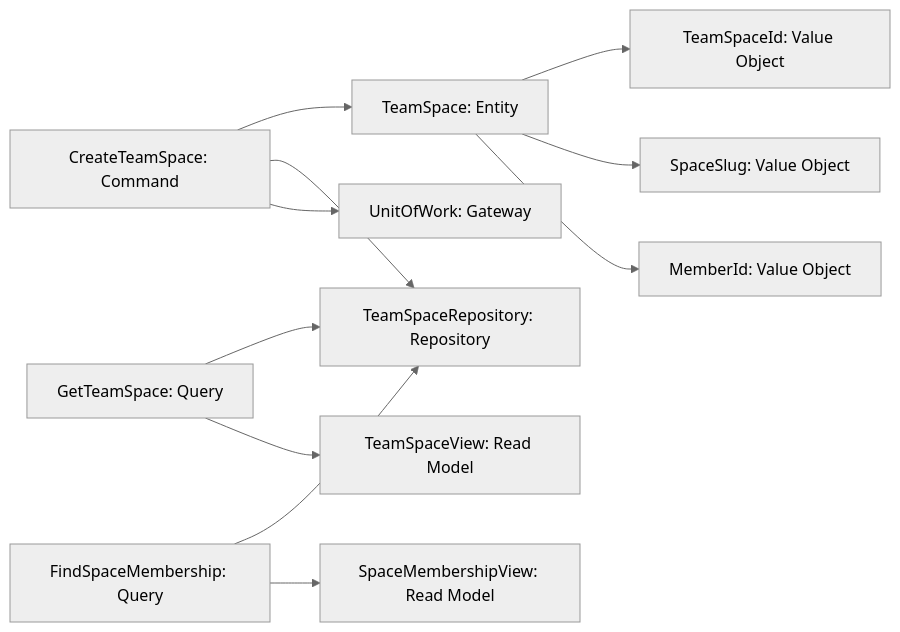
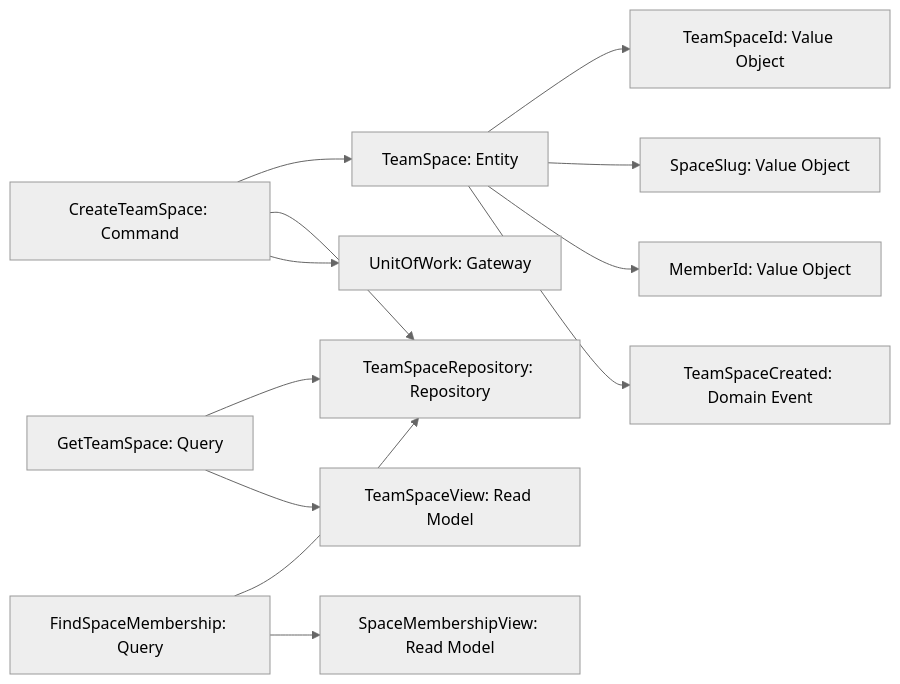
One commit to freecompub/microcks-foundry changed the diagram in docs/architecture/space.md. Above: the diagram before and after it, drawn with Mermaid (neutral theme). The commit also changed other lines of this file and 16 other files, not shown here.

````diff
--- a/docs/architecture/space.md
+++ b/docs/architecture/space.md
@@ -95,25 +102,27 @@
 ```mermaid
 graph LR
     CreateTeamSpace[CreateTeamSpace: Command]
     GetTeamSpace[GetTeamSpace: Query]
     FindSpaceMembership[FindSpaceMembership: Query]
     TeamSpace[TeamSpace: Entity]
     TeamSpaceId[TeamSpaceId: Value Object]
     SpaceSlug[SpaceSlug: Value Object]
     MemberId[MemberId: Value Object]
+    TeamSpaceCreated[TeamSpaceCreated: Domain Event]
     TeamSpaceRepository[TeamSpaceRepository: Repository]
     UnitOfWork[UnitOfWork: Gateway]
     TeamSpaceView[TeamSpaceView: Read Model]
     SpaceMembershipView[SpaceMembershipView: Read Model]
 
     CreateTeamSpace --> TeamSpace
     CreateTeamSpace --> TeamSpaceRepository
     CreateTeamSpace --> UnitOfWork
     TeamSpace --> TeamSpaceId
     TeamSpace --> SpaceSlug
     TeamSpace --> MemberId
+    TeamSpace --> TeamSpaceCreated
     GetTeamSpace --> TeamSpaceRepository
     GetTeamSpace --> TeamSpaceView
     FindSpaceMembership --> TeamSpaceRepository
     FindSpaceMembership --> SpaceMembershipView
 ```
````
